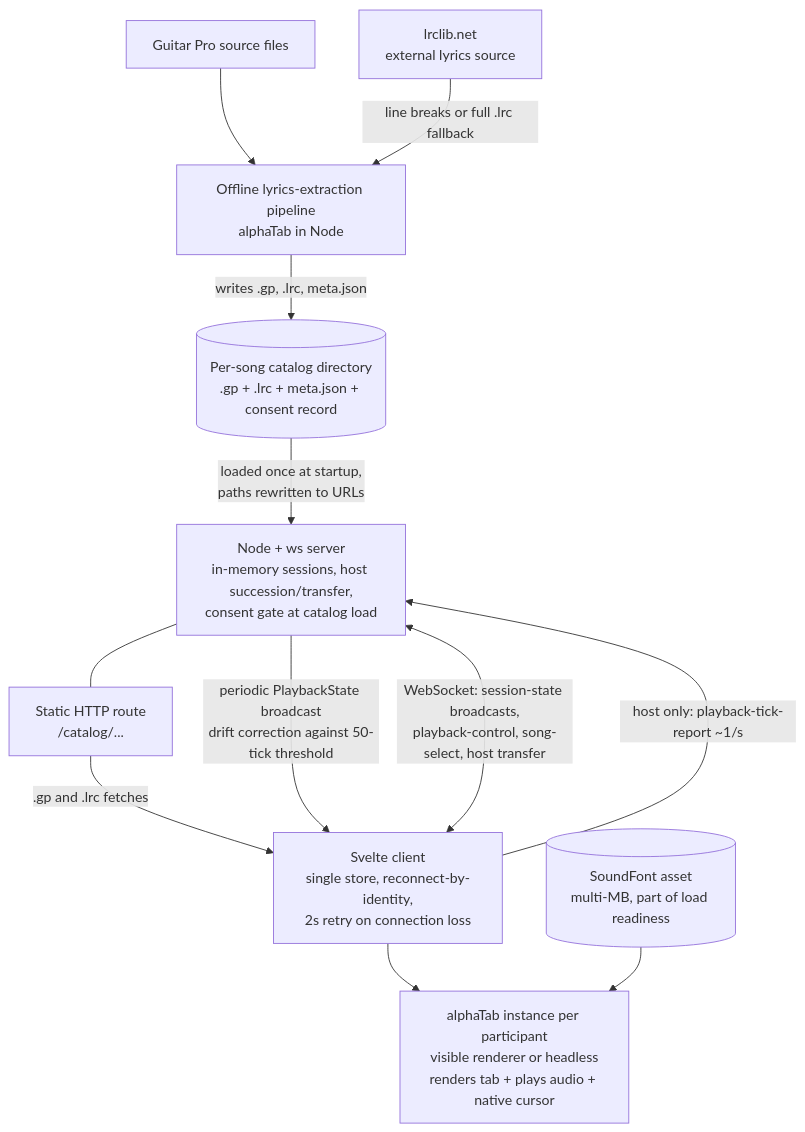
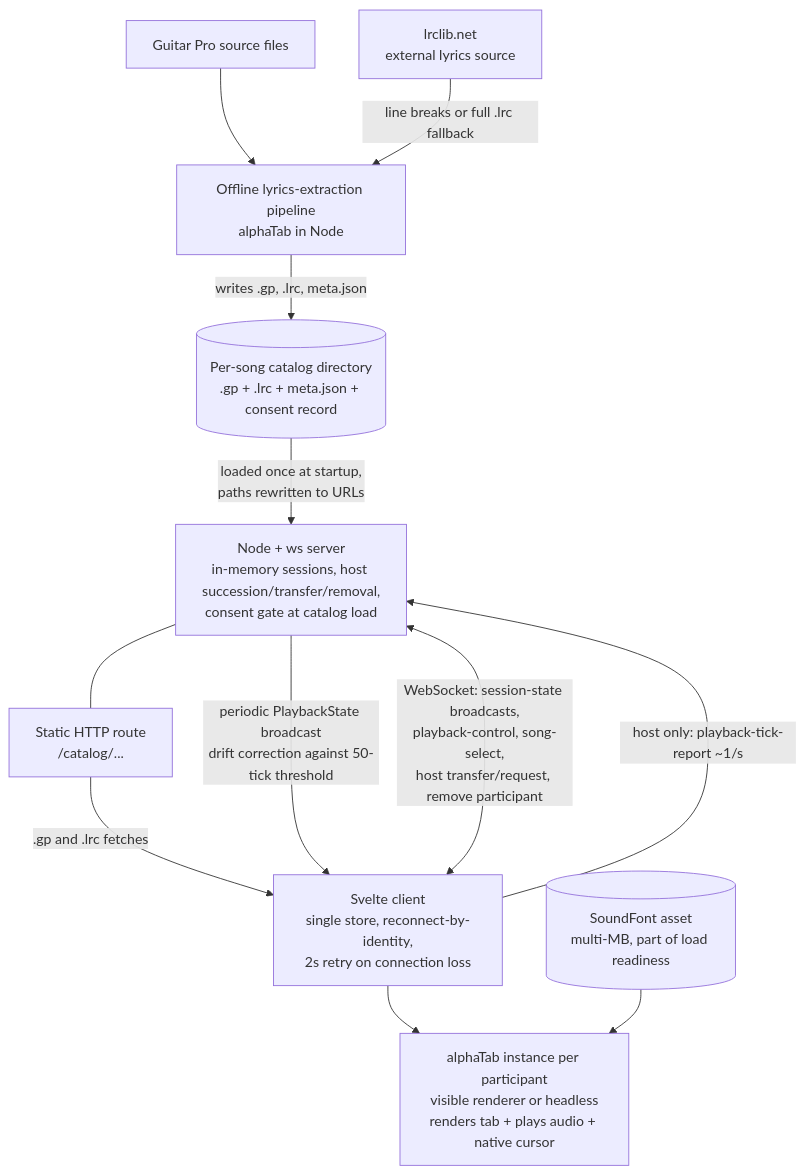
Before and after one commit to kinda-bad/sync-tab-scroll: the second of 3 diagrams in README.md, drawn with Mermaid. The commit also changed 4 other files, not shown here.

First line of the commit message:
chore(project): re-render diagrams and update ARDD tooling to 9189817

````diff
--- a/README.md
+++ b/README.md
@@ -200,24 +200,24 @@
 ```mermaid
 graph TD
     GP[Guitar Pro source files]
     Lrclib[lrclib.net<br/>external lyrics source]
     Pipeline[Offline lyrics-extraction pipeline<br/>alphaTab in Node]
     Catalog[(Per-song catalog directory<br/>.gp + .lrc + meta.json + consent record)]
-    Server[Node + ws server<br/>in-memory sessions, host succession/transfer,<br/>consent gate at catalog load]
+    Server[Node + ws server<br/>in-memory sessions, host succession/transfer/removal,<br/>consent gate at catalog load]
     HTTP[Static HTTP route<br/>/catalog/...]
     Client[Svelte client<br/>single store, reconnect-by-identity,<br/>2s retry on connection loss]
     AlphaTab[alphaTab instance per participant<br/>visible renderer or headless<br/>renders tab + plays audio + native cursor]
     SoundFont[(SoundFont asset<br/>multi-MB, part of load readiness)]
 
     GP --> Pipeline
     Lrclib -->|line breaks or full .lrc fallback| Pipeline
     Pipeline -->|writes .gp, .lrc, meta.json| Catalog
     Catalog -->|loaded once at startup,<br/>paths rewritten to URLs| Server
     Server --- HTTP
     HTTP -->|.gp and .lrc fetches| Client
-    Client <-->|WebSocket: session-state broadcasts,<br/>playback-control, song-select, host transfer| Server
+    Client <-->|WebSocket: session-state broadcasts,<br/>playback-control, song-select,<br/>host transfer/request, remove participant| Server
     Client -->|host only: playback-tick-report ~1/s| Server
     Server -->|periodic PlaybackState broadcast<br/>drift correction against 50-tick threshold| Client
     Client --> AlphaTab
     SoundFont --> AlphaTab
 ```
````
